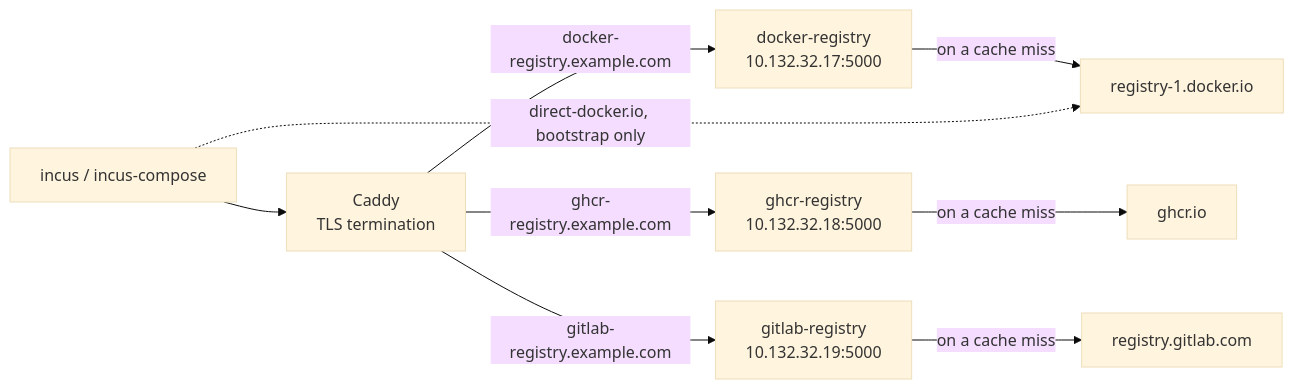
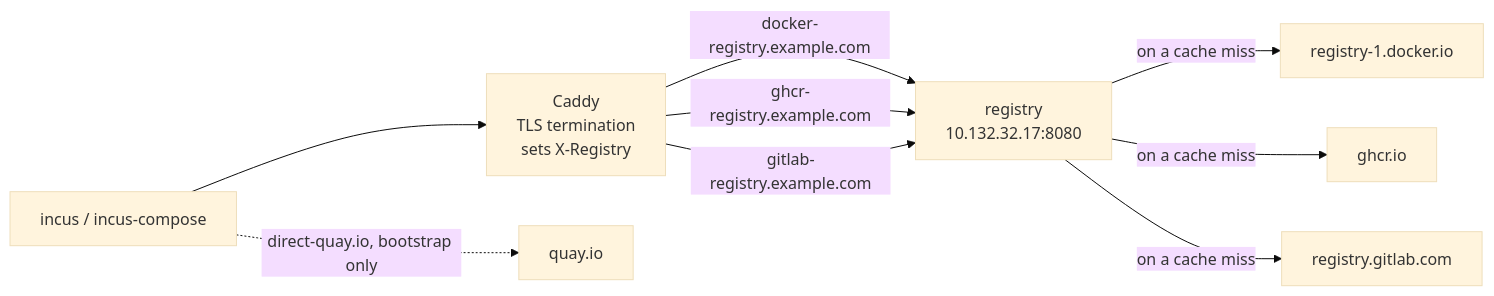
One commit to jochumdev/incus-compose-docs changed the diagram in root/examples/oci-registry-cache.md. Above: the diagram before and after it, drawn with Mermaid (base theme). The commit also changed other lines of this file and 3 other files, not shown here.

````diff
--- a/root/examples/oci-registry-cache.md
+++ b/root/examples/oci-registry-cache.md
@@ -34,14 +38,14 @@
 ```mermaid
 flowchart LR
-    IC["incus / incus-compose"] --> CAD["Caddy<br/>TLS termination"]
+    IC["incus / incus-compose"] --> CAD["Caddy<br/>TLS termination<br/>sets X-Registry"]
 
-    CAD -->|docker-registry.example.com| R1["docker-registry<br/>10.132.32.17:5000"]
-    CAD -->|ghcr-registry.example.com| R2["ghcr-registry<br/>10.132.32.18:5000"]
-    CAD -->|gitlab-registry.example.com| R3["gitlab-registry<br/>10.132.32.19:5000"]
+    CAD -->|docker-registry.example.com| R["registry<br/>10.132.32.17:8080"]
+    CAD -->|ghcr-registry.example.com| R
+    CAD -->|gitlab-registry.example.com| R
 
-    R1 -->|on a cache miss| U1[registry-1.docker.io]
-    R2 -->|on a cache miss| U2[ghcr.io]
-    R3 -->|on a cache miss| U3[registry.gitlab.com]
+    R -->|on a cache miss| U1[registry-1.docker.io]
+    R -->|on a cache miss| U2[ghcr.io]
+    R -->|on a cache miss| U3[registry.gitlab.com]
 
-    IC -.->|"direct-docker.io, bootstrap only"| U1
+    IC -.->|"direct-quay.io, bootstrap only"| U4[quay.io]
 ```
````
